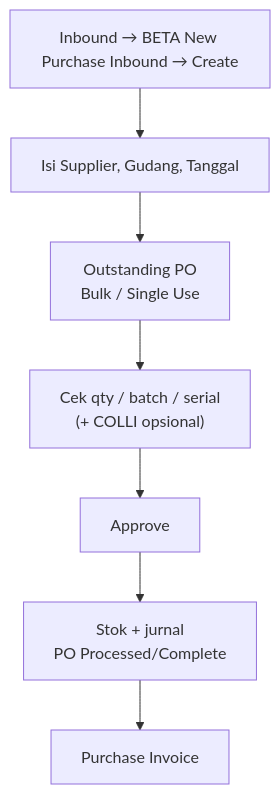
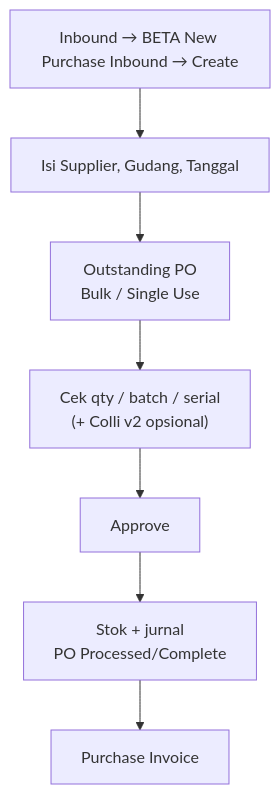
The diagram in qa-docs/supplychain-new-purchase-inbound/knowledge-base.md (yendyr/olshoperp-docs), drawn with Mermaid before and after one commit. The commit also changed other lines of this file and 37 other files, not shown here.

````diff
--- a/qa-docs/supplychain-new-purchase-inbound/knowledge-base.md
+++ b/qa-docs/supplychain-new-purchase-inbound/knowledge-base.md
@@ -43,9 +43,9 @@
 ```mermaid
 flowchart TD
     A["Inbound → BETA New Purchase Inbound → Create"] --> B["Isi Supplier, Gudang, Tanggal"]
     B --> C["Outstanding PO\nBulk / Single Use"]
-    C --> D["Cek qty / batch / serial\n(+ COLLI opsional)"]
+    C --> D["Cek qty / batch / serial\n(+ Colli v2 opsional)"]
     D --> E["Approve"]
     E --> F["Stok + jurnal\nPO Processed/Complete"]
     F --> G["Purchase Invoice"]
 ```
````
